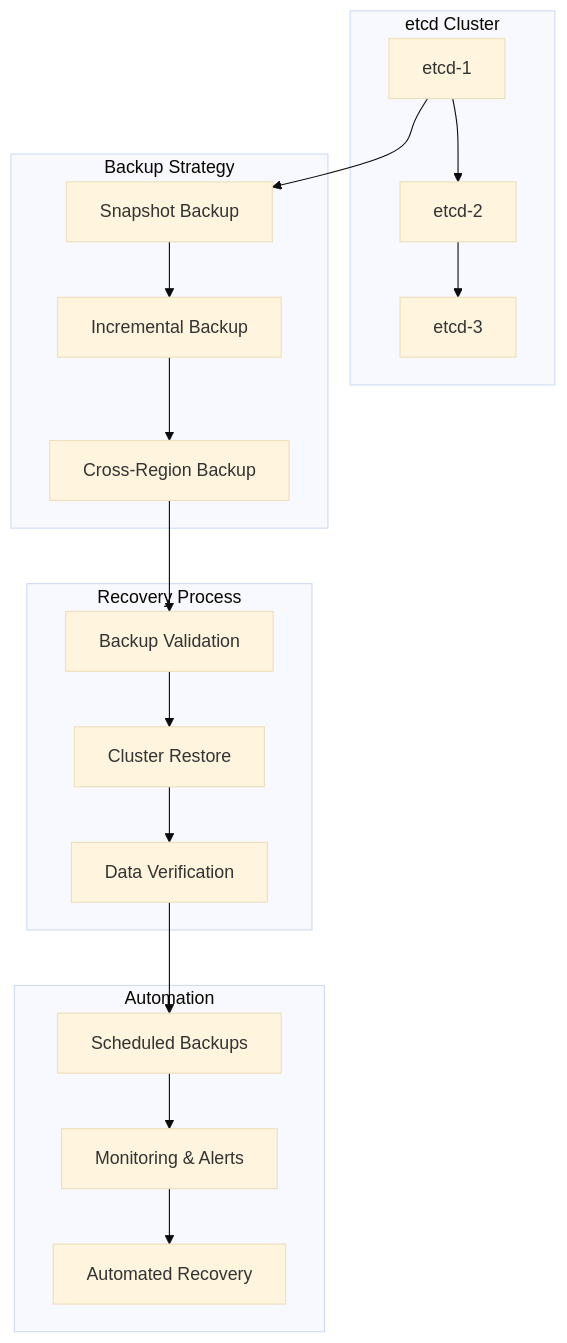
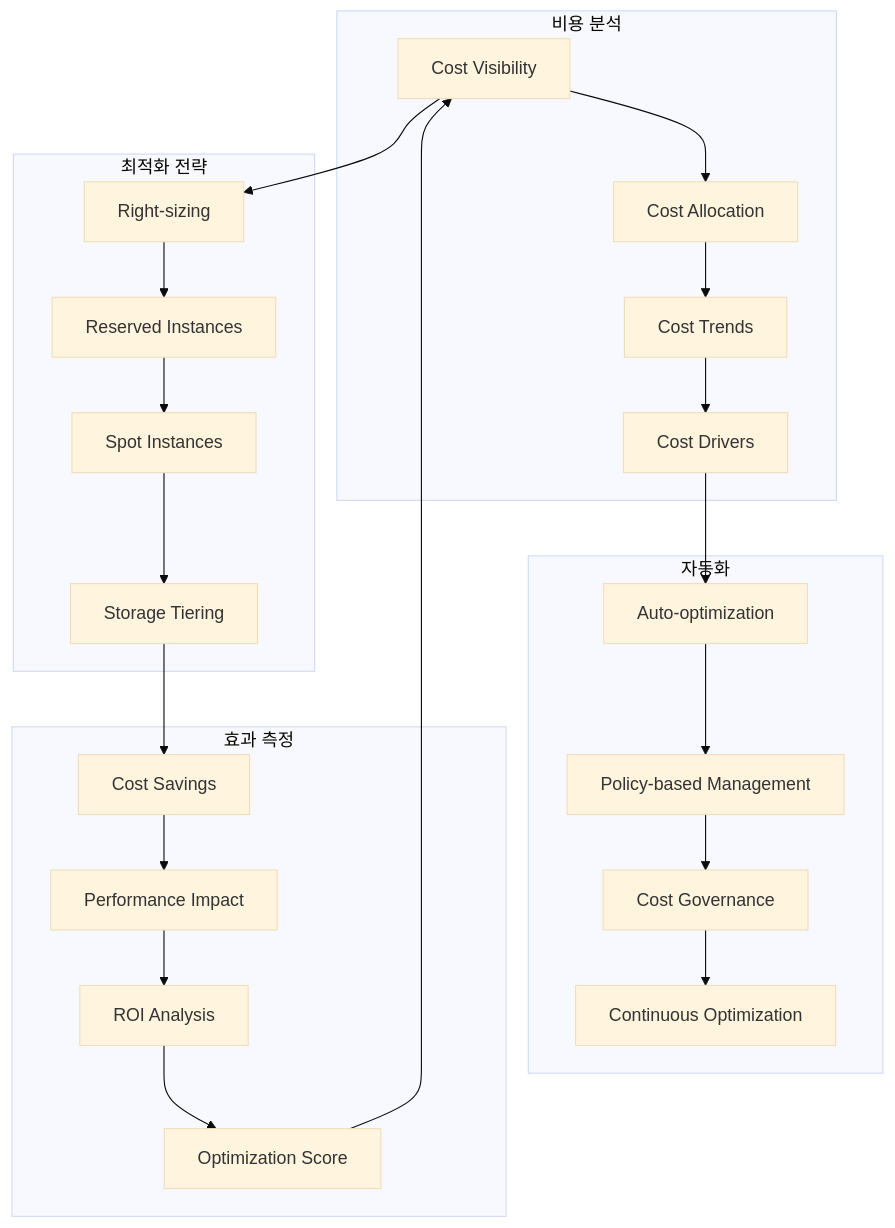
Before and after one commit to niceguy61/kdt_devops_lecture_2025: the fourth of 4 diagrams in week_02/day_04/session_05.md, drawn with Mermaid (base theme). The commit also changed other lines of this file and 38 other files, not shown here.

````diff
--- a/week_02/day_04/session_05.md
+++ b/week_02/day_04/session_05.md
@@ -15,26 +773,31 @@
 ```mermaid
 graph TB
-    subgraph "etcd Cluster"
-        A[etcd-1] --> B[etcd-2]
-        B --> C[etcd-3]
+    subgraph "비용 분석"
+        A[Cost Visibility] --> B[Cost Allocation]
+        B --> C[Cost Trends]
+        C --> D[Cost Drivers]
     end
     
-    subgraph "Backup Strategy"
-        D[Snapshot Backup] --> E[Incremental Backup]
-        E --> F[Cross-Region Backup]
+    subgraph "최적화 전략"
+        E[Right-sizing] --> F[Reserved Instances]
+        F --> G[Spot Instances]
+        G --> H[Storage Tiering]
     end
     
-    subgraph "Recovery Process"
-        G[Backup Validation] --> H[Cluster Restore]
-        H --> I[Data Verification]
+    subgraph "자동화"
+        I[Auto-optimization] --> J[Policy-based Management]
+        J --> K[Cost Governance]
+        K --> L[Continuous Optimization]
     end
     
-    subgraph "Automation"
-        J[Scheduled Backups] --> K[Monitoring & Alerts]
-        K --> L[Automated Recovery]
+    subgraph "효과 측정"
+        M[Cost Savings] --> N[Performance Impact]
+        N --> O[ROI Analysis]
+        O --> P[Optimization Score]
     end
     
-    A --> D
-    F --> G
-    I --> J
+    A --> E
+    D --> I
+    H --> M
+    P --> A
 ```
````
